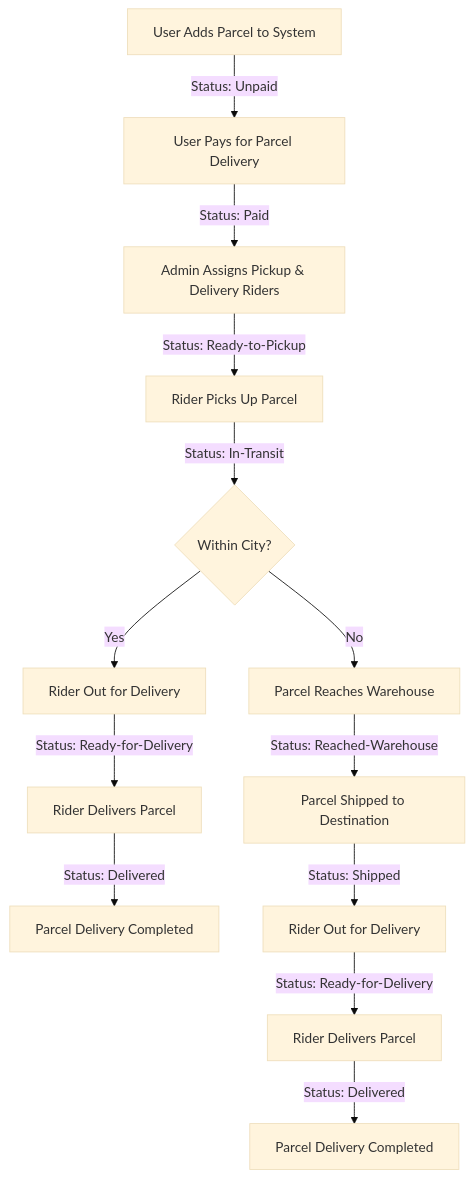
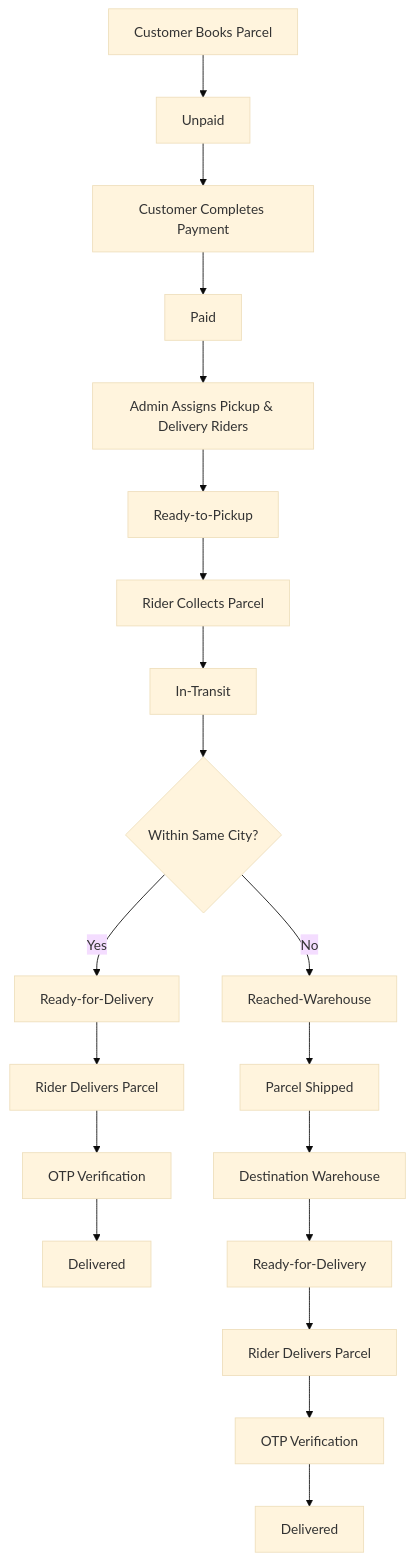
Before and after one commit to Mohammadarman1357/zap-shift-client: the third of 3 diagrams in README.md, drawn with Mermaid (base theme). The commit also changed other lines of this file, not shown here.

````diff
--- a/README.md
+++ b/README.md
@@ -34,18 +198,25 @@
 ```mermaid
 flowchart TD
-    A[User Adds Parcel to System] -->|Status: Unpaid| B[User Pays for Parcel Delivery]
-    B -->|Status: Paid| C[Admin Assigns Pickup & Delivery Riders]
-    C -->|Status: Ready-to-Pickup| D[Rider Picks Up Parcel]
-    D -->|Status: In-Transit| E{Within City?}
+    A["Customer Books Parcel"] --> B["Unpaid"]
+    B --> C["Customer Completes Payment"]
+    C --> D["Paid"]
+    D --> E["Admin Assigns Pickup & Delivery Riders"]
+    E --> F["Ready-to-Pickup"]
+    F --> G["Rider Collects Parcel"]
+    G --> H["In-Transit"]
 
-    E -- Yes --> F1[Rider Out for Delivery]
-    F1 -->|Status: Ready-for-Delivery| G1[Rider Delivers Parcel]
-    G1 -->|Status: Delivered| H1[Parcel Delivery Completed]
+    H --> I{"Within Same City?"}
 
-    E -- No --> F2[Parcel Reaches Warehouse]
-    F2 -->|Status: Reached-Warehouse| G2[Parcel Shipped to Destination]
-    G2 -->|Status: Shipped| H2[Rider Out for Delivery]
-    H2 -->|Status: Ready-for-Delivery| I2[Rider Delivers Parcel]
-    I2 -->|Status: Delivered| J2[Parcel Delivery Completed]
+    I -->|Yes| J["Ready-for-Delivery"]
+    J --> K["Rider Delivers Parcel"]
+    K --> L["OTP Verification"]
+    L --> M["Delivered"]
 
+    I -->|No| N["Reached-Warehouse"]
+    N --> O["Parcel Shipped"]
+    O --> P["Destination Warehouse"]
+    P --> Q["Ready-for-Delivery"]
+    Q --> R["Rider Delivers Parcel"]
+    R --> S["OTP Verification"]
+    S --> T["Delivered"]
 ```
````
